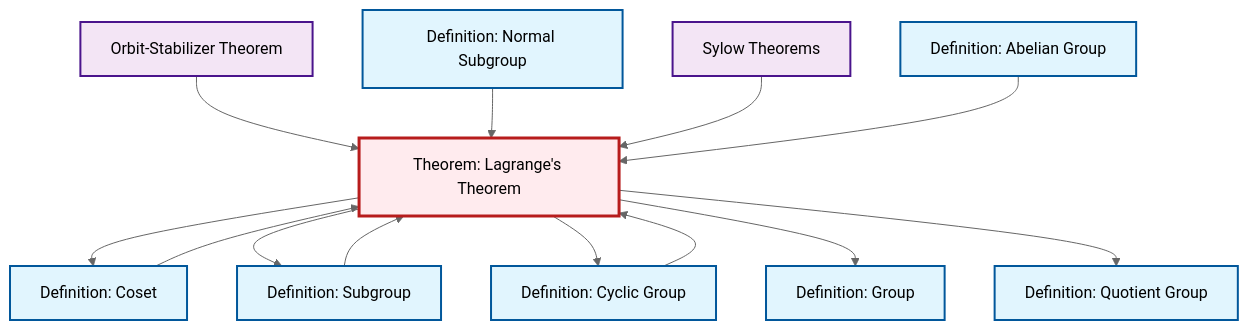
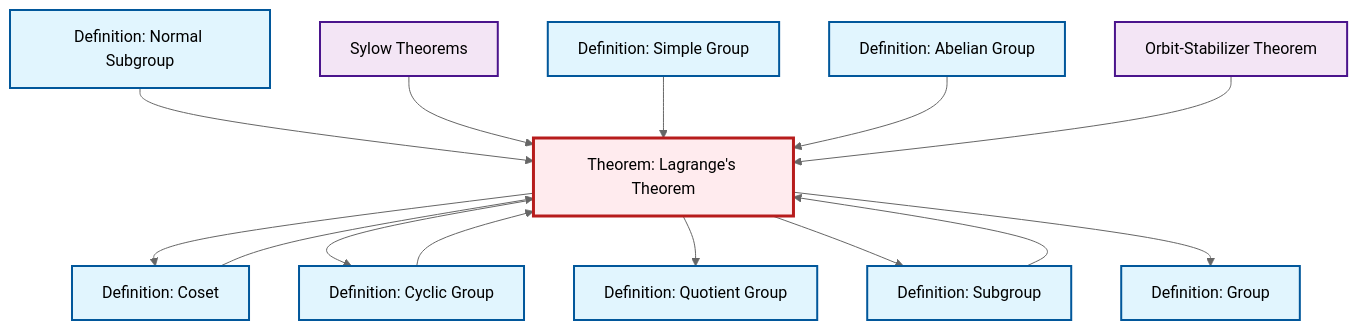
The diagram in content/en/algebra/thm-lagrange.qmd (RK0429/ModernMath), drawn with Mermaid (neutral theme) before and after one commit. The commit also changed 554 other files, not shown here.

````diff
--- a/content/en/algebra/thm-lagrange.qmd
+++ b/content/en/algebra/thm-lagrange.qmd
@@ -50,41 +50,44 @@
 ```{mermaid}
 %%| fig-cap: "Local dependency graph"
 graph TD
     classDef definition fill:#e1f5fe,stroke:#01579b,stroke-width:2px
     classDef theorem fill:#f3e5f5,stroke:#4a148c,stroke-width:2px
     classDef axiom fill:#fff3e0,stroke:#e65100,stroke-width:2px
     classDef example fill:#e8f5e9,stroke:#1b5e20,stroke-width:2px
     classDef current fill:#ffebee,stroke:#b71c1c,stroke-width:3px
+    def-quotient-group["Definition: Quotient Group"]:::definition
     def-abelian-group["Definition: Abelian Group"]:::definition
+    def-subgroup["Definition: Subgroup"]:::definition
+    def-simple-group["Definition: Simple Group"]:::definition
     def-cyclic-group["Definition: Cyclic Group"]:::definition
-    def-quotient-group["Definition: Quotient Group"]:::definition
+    def-group["Definition: Group"]:::definition
     thm-sylow["Sylow Theorems"]:::theorem
-    def-group["Definition: Group"]:::definition
+    def-normal-subgroup["Definition: Normal Subgroup"]:::definition
     thm-orbit-stabilizer["Orbit-Stabilizer Theorem"]:::theorem
-    def-normal-subgroup["Definition: Normal Subgroup"]:::definition
-    def-subgroup["Definition: Subgroup"]:::definition
+    def-coset["Definition: Coset"]:::definition
     thm-lagrange["Theorem: Lagrange's Theorem"]:::theorem
-    def-coset["Definition: Coset"]:::definition
-    thm-orbit-stabilizer --> thm-lagrange
-    thm-lagrange --> def-coset
-    thm-lagrange --> def-subgroup
-    def-cyclic-group --> thm-lagrange
-    thm-lagrange --> def-cyclic-group
-    thm-lagrange --> def-group
-    thm-lagrange --> def-quotient-group
-    def-coset --> thm-lagrange
     def-normal-subgroup --> thm-lagrange
     thm-sylow --> thm-lagrange
+    def-simple-group --> thm-lagrange
+    def-subgroup --> thm-lagrange
     def-abelian-group --> thm-lagrange
-    def-subgroup --> thm-lagrange
+    thm-lagrange --> def-coset
+    thm-lagrange --> def-cyclic-group
+    thm-orbit-stabilizer --> thm-lagrange
+    def-coset --> thm-lagrange
+    thm-lagrange --> def-quotient-group
+    def-cyclic-group --> thm-lagrange
+    thm-lagrange --> def-subgroup
+    thm-lagrange --> def-group
     class thm-lagrange current
+    click def-quotient-group "def-quotient-group.html" "Go to Quotient Group definition"
     click def-abelian-group "def-abelian-group.html" "Go to Abelian Group definition"
+    click def-subgroup "def-subgroup.html" "Go to Subgroup definition"
+    click def-simple-group "def-simple-group.html" "Go to Simple Group definition"
     click def-cyclic-group "def-cyclic-group.html" "Go to Cyclic Group definition"
-    click def-quotient-group "def-quotient-group.html" "Go to Quotient Group definition"
+    click def-group "def-group.html" "Go to Group definition"
     click thm-sylow "thm-sylow.html" "Go to Sylow Theorems"
-    click def-group "def-group.html" "Go to Group definition"
+    click def-normal-subgroup "def-normal-subgroup.html" "Go to Normal Subgroup definition"
     click thm-orbit-stabilizer "thm-orbit-stabilizer.html" "Go to Orbit-Stabilizer Theorem"
-    click def-normal-subgroup "def-normal-subgroup.html" "Go to Normal Subgroup definition"
-    click def-subgroup "def-subgroup.html" "Go to Subgroup definition"
     click def-coset "def-coset.html" "Go to Coset definition"
 ```
````
